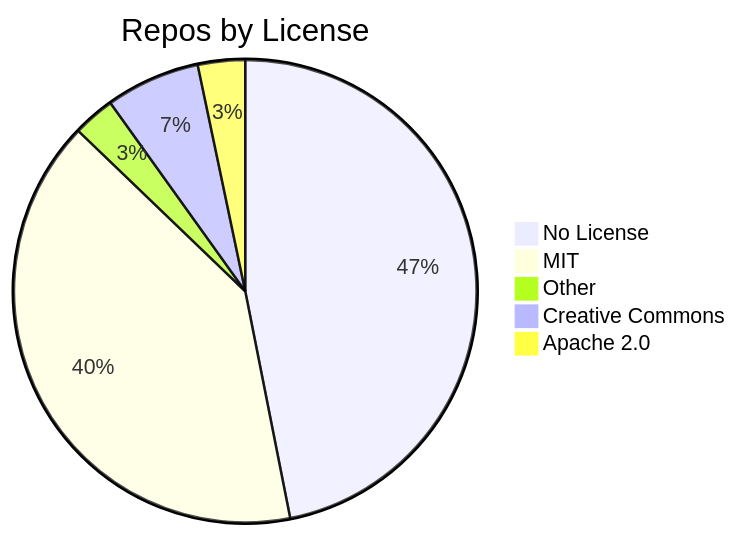
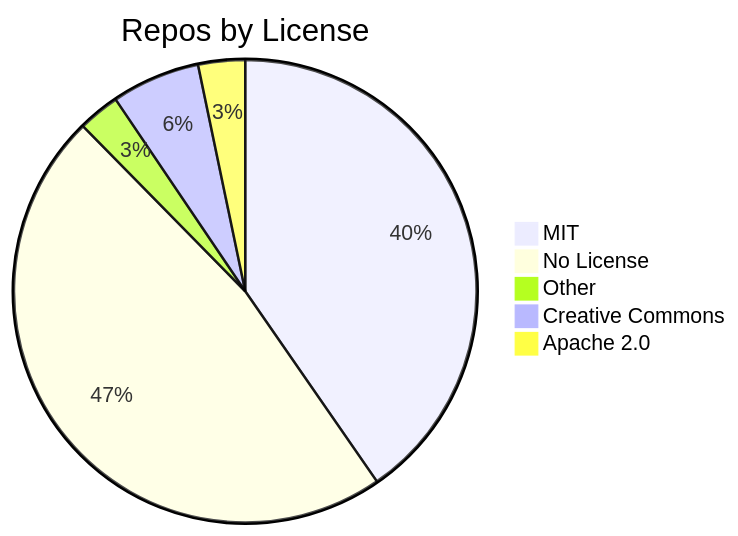
The diagram in README.md (jpatterson933/awesome-mcp-server-repo-index), drawn with Mermaid before and after one commit. The commit also changed other lines of this file and 3 other files, not shown here.

````diff
--- a/README.md
+++ b/README.md
@@ -29,8 +29,8 @@
 ```mermaid
 pie title Repos by License
-    "No License" : 128
-    "MIT" : 110
+    "MIT" : 111
+    "No License" : 130
     "Other" : 8
-    "Creative Commons" : 18
+    "Creative Commons" : 17
     "Apache 2.0" : 9
 ```
````
